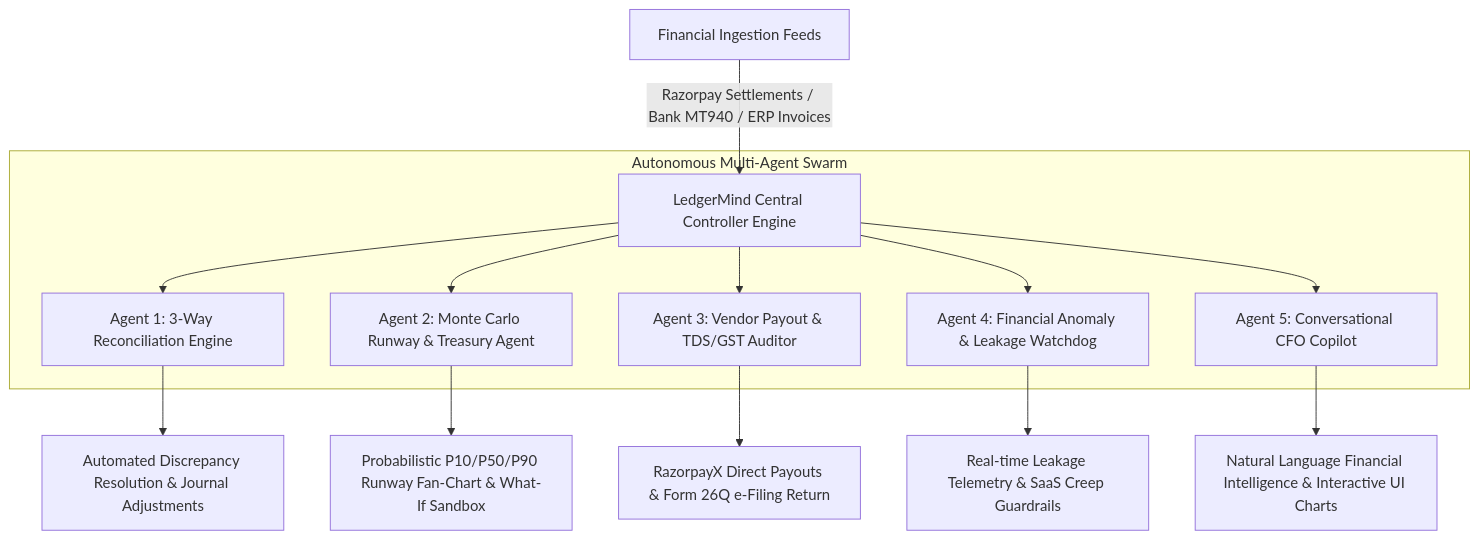
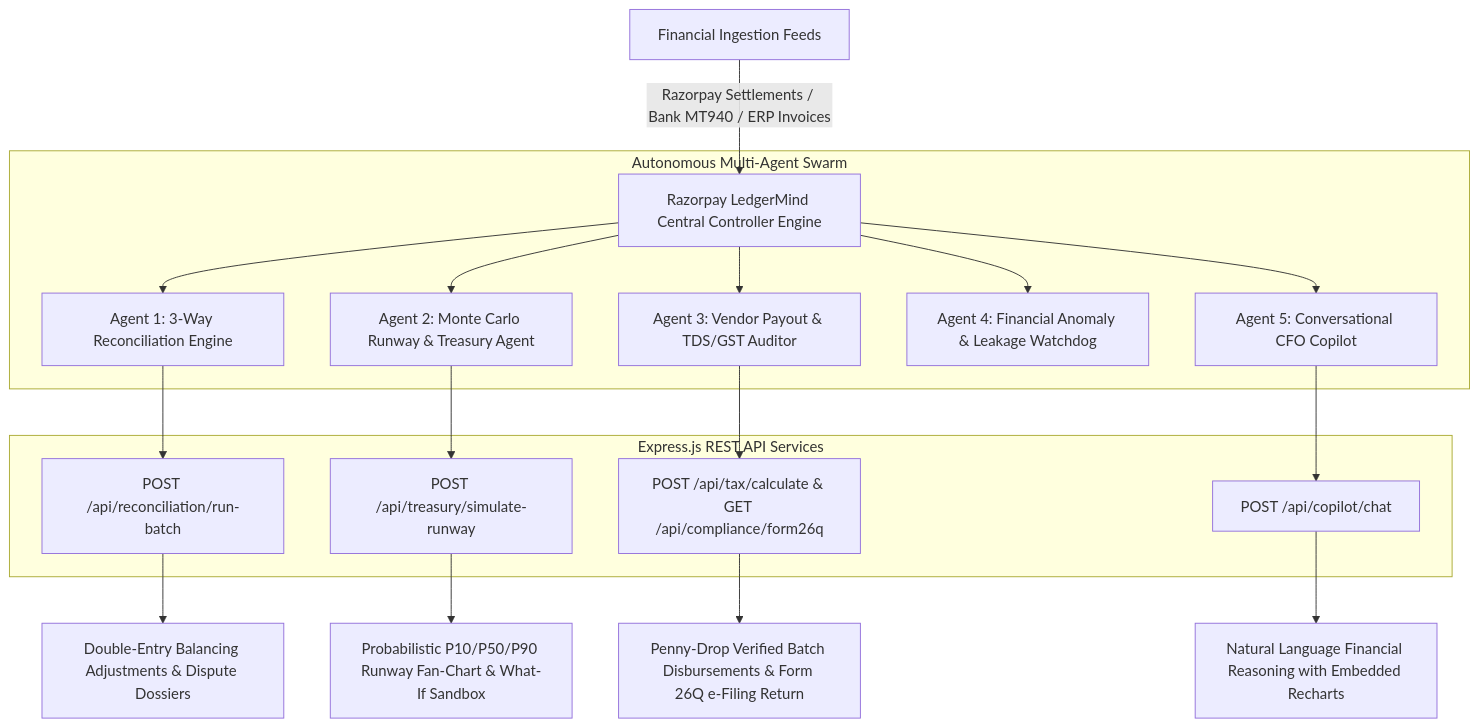
Before and after one commit to pearlsoni021/roger: the diagram in README.md, drawn with Mermaid. The commit also changed other lines of this file and 8 other files, not shown here.

Commit message:
feat(track-4): full 60-record benchmark, express backend api and honest exception reporting

````diff
--- a/README.md
+++ b/README.md
@@ -20,18 +31,24 @@
 ```mermaid
 graph TD
-    A[Financial Ingestion Feeds] -->|Razorpay Settlements / Bank MT940 / ERP Invoices| B[LedgerMind Central Controller Engine]
+    A[Financial Ingestion Feeds] -->|Razorpay Settlements / Bank MT940 / ERP Invoices| B[Razorpay LedgerMind Central Controller Engine]
 
     subgraph Autonomous Multi-Agent Swarm
         B --> C[Agent 1: 3-Way Reconciliation Engine]
         B --> D[Agent 2: Monte Carlo Runway & Treasury Agent]
         B --> E[Agent 3: Vendor Payout & TDS/GST Auditor]
         B --> F[Agent 4: Financial Anomaly & Leakage Watchdog]
         B --> G[Agent 5: Conversational CFO Copilot]
     end
 
-    C --> H[Automated Discrepancy Resolution & Journal Adjustments]
-    D --> I[Probabilistic P10/P50/P90 Runway Fan-Chart & What-If Sandbox]
-    E --> J[RazorpayX Direct Payouts & Form 26Q e-Filing Return]
-    F --> K[Real-time Leakage Telemetry & SaaS Creep Guardrails]
-    G --> L[Natural Language Financial Intelligence & Interactive UI Charts]
+    subgraph Express.js REST API Services
+        C --> H[POST /api/reconciliation/run-batch]
+        D --> I[POST /api/treasury/simulate-runway]
+        E --> J[POST /api/tax/calculate & GET /api/compliance/form26q]
+        G --> K[POST /api/copilot/chat]
+    end
+
+    H --> L[Double-Entry Balancing Adjustments & Dispute Dossiers]
+    I --> M[Probabilistic P10/P50/P90 Runway Fan-Chart & What-If Sandbox]
+    J --> N[Penny-Drop Verified Batch Disbursements & Form 26Q e-Filing Return]
+    K --> O[Natural Language Financial Reasoning with Embedded Recharts]
 ```
````
